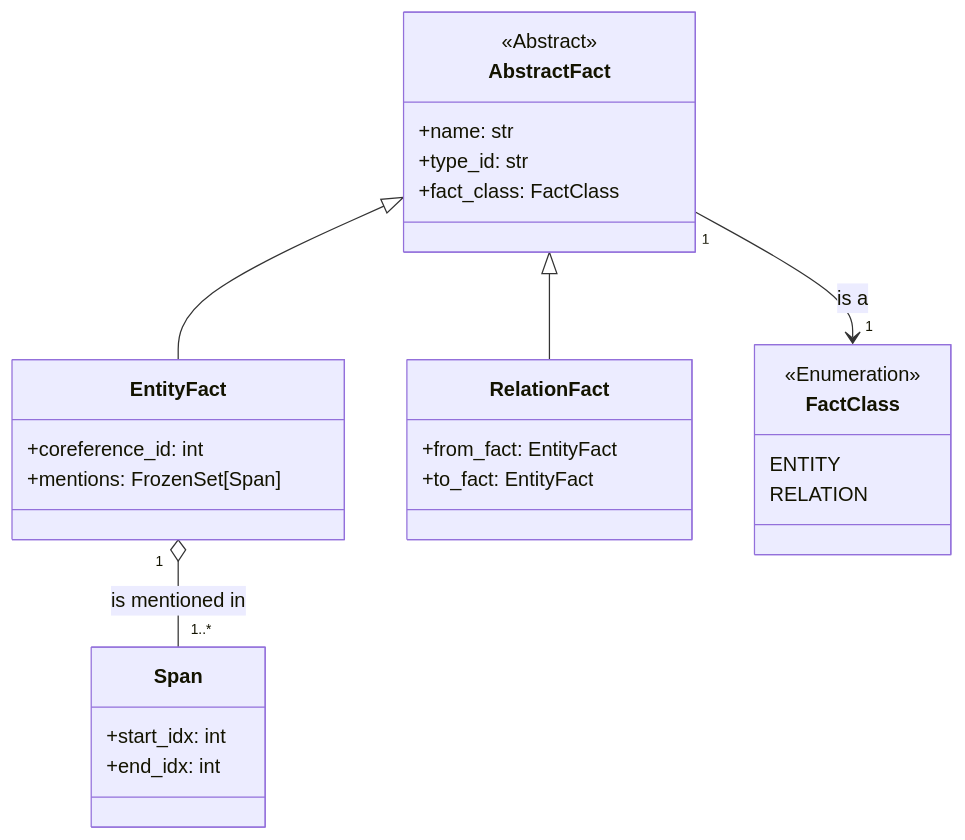
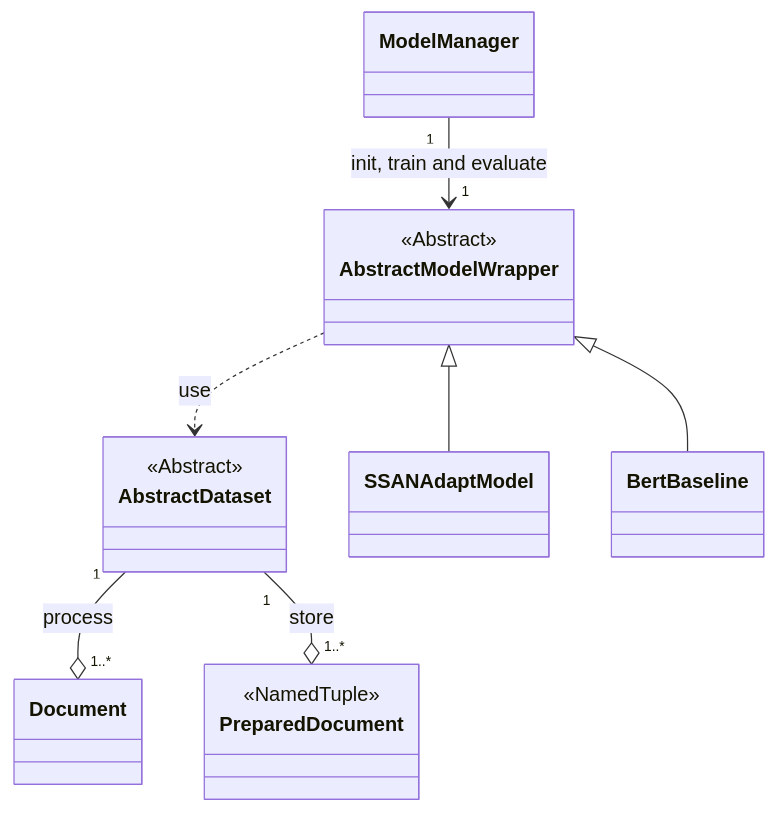
Before and after one commit to phos-phophy/creed: the second of 3 diagrams in README.md, drawn with Mermaid. The commit also changed other lines of this file, not shown here.

````diff
--- a/README.md
+++ b/README.md
@@ -111,37 +110,23 @@
 ```mermaid
 classDiagram
-direction TB
-
-   AbstractFact <|-- EntityFact
-   AbstractFact <|-- RelationFact
-   EntityFact "1" o-- "1..*" Span : is mentioned in
-   AbstractFact "1" --> "1" FactClass : is a
-   
-   class Span:::rect{
-      +start_idx: int
-      +end_idx: int
-   }
-   
-   class FactClass{
-      <<Enumeration>>
-      ENTITY
-      RELATION
-   }
-
-   class AbstractFact{
-      <<Abstract>> 
-      +name: str
-      +type_id: str
-      +fact_class: FactClass
-   }
-   
-   class EntityFact{
-      +coreference_id: int
-      +mentions: FrozenSet[Span]
-   }
-   
-   class RelationFact{
-      +from_fact: EntityFact
-      +to_fact: EntityFact
-   }
+directionTB
+    ModelManager "1" --> "1" AbstractModelWrapper : init, train and evaluate
+    AbstractModelWrapper ..> AbstractDataset : use
+    AbstractDataset "1" --o "1..*" Document : process
+    AbstractDataset "1" --o "1..*" PreparedDocument : store
+    
+    AbstractModelWrapper <|-- SSANAdaptModel
+    AbstractModelWrapper <|-- BertBaseline
+    
+    class AbstractModelWrapper{
+        <<Abstract>>
+    }
+    
+    class AbstractDataset{
+        <<Abstract>>
+    }
+    
+    class PreparedDocument{
+        <<NamedTuple>>
+    }
 ```
````
